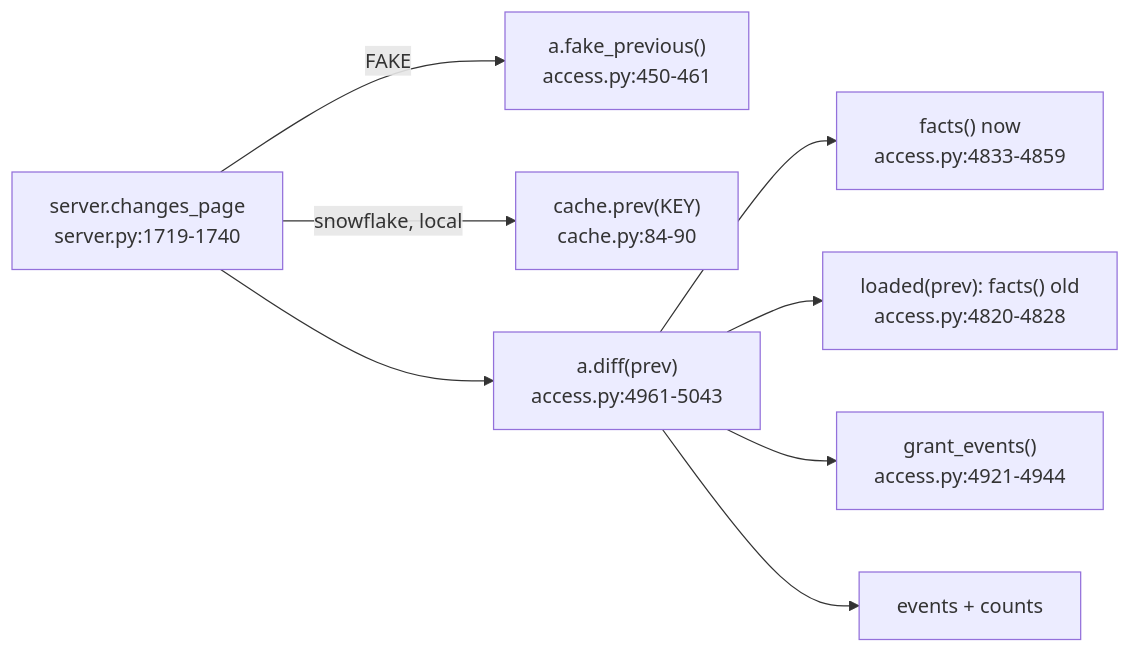
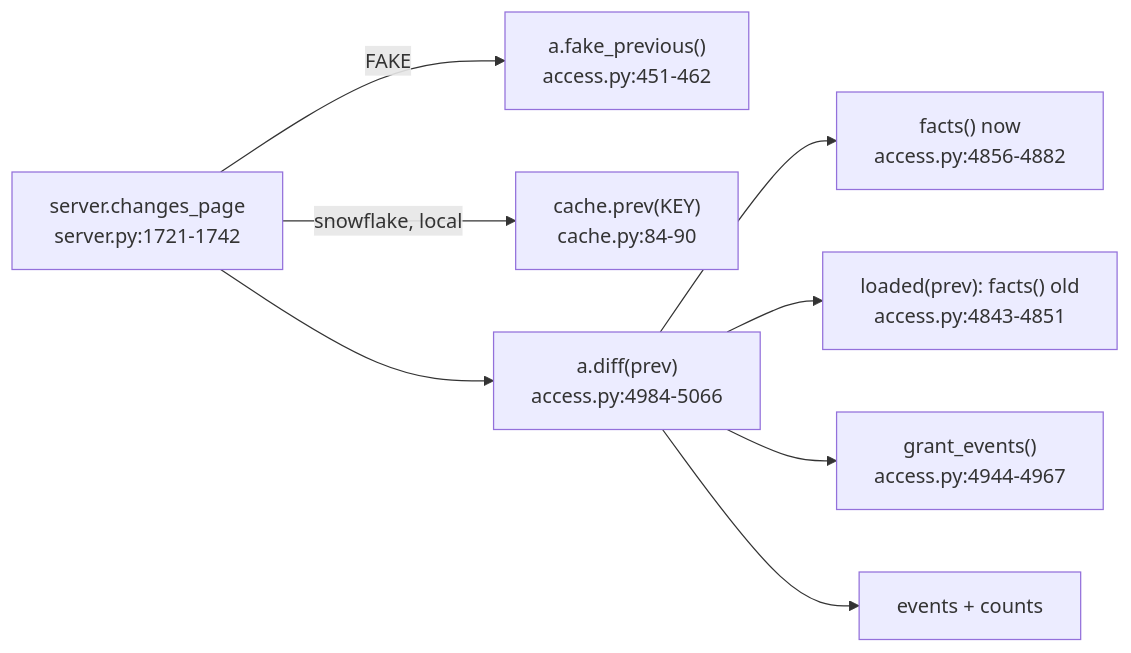
The diagram in snowflake-access-explorer-knowledge-graph/logic/diff.md (darshanmeel/snowflake-access-explorer), drawn with Mermaid before and after one commit. The commit also changed other lines of this file and 73 other files, not shown here.

Commit message:
Knowledge graph: review fixes (escaped SQL names, CSV head rows, own queries out in Snowflake, UTC window, snapshot re-read, answer cache, docs)

````diff
--- a/snowflake-access-explorer-knowledge-graph/logic/diff.md
+++ b/snowflake-access-explorer-knowledge-graph/logic/diff.md
@@ -6,10 +6,10 @@
 ```mermaid
 flowchart LR
-  CP["server.changes_page<br/>server.py:1719-1740"] -->|FAKE| FP["a.fake_previous()<br/>access.py:450-461"]
+  CP["server.changes_page<br/>server.py:1721-1742"] -->|FAKE| FP["a.fake_previous()<br/>access.py:451-462"]
   CP -->|snowflake, local| PR["cache.prev(KEY)<br/>cache.py:84-90"]
-  CP --> D["a.diff(prev)<br/>access.py:4961-5043"]
-  D --> FN["facts() now<br/>access.py:4833-4859"]
-  D --> LD["loaded(prev): facts() old<br/>access.py:4820-4828"]
-  D --> GE["grant_events()<br/>access.py:4921-4944"]
+  CP --> D["a.diff(prev)<br/>access.py:4984-5066"]
+  D --> FN["facts() now<br/>access.py:4856-4882"]
+  D --> LD["loaded(prev): facts() old<br/>access.py:4843-4851"]
+  D --> GE["grant_events()<br/>access.py:4944-4967"]
   D --> EV[events + counts]
 ```
````
